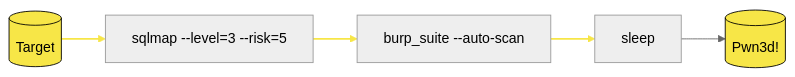
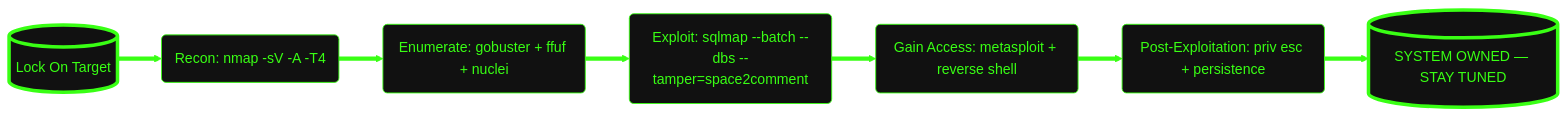
The diagram in README.md (mrci0x1/mrci0x1), drawn with Mermaid (neutral theme) before and after one commit. The commit also changed other lines of this file, not shown here.

````diff
--- a/README.md
+++ b/README.md
@@ -10,12 +10,19 @@
 ```mermaid
 graph LR
-    A[("Target")] --> B[sqlmap --level=3 --risk=5]
-    B --> C[burp_suite --auto-scan]
-    C --> D[sleep]
-    D --> E[("Pwn3d!")]
-    style A fill:#F7E647,stroke:#000
-    style E fill:#F7E647,stroke:#000
-    linkStyle 0 stroke:#F7E647,stroke-width:2px
-    linkStyle 1 stroke:#F7E647,stroke-width:2px
-    linkStyle 2 stroke:#F7E647,stroke-width:2px
+    A[("Lock On Target")] 
+    --> B(Recon: nmap -sV -A -T4)
+    --> C(Enumerate: gobuster + ffuf + nuclei)
+    --> D(Exploit: sqlmap --batch --dbs --tamper=space2comment)
+    --> E(Gain Access: metasploit + reverse shell)
+    --> F(Post-Exploitation: priv esc + persistence)
+    --> G[("SYSTEM OWNED — STAY TUNED")]
+    
+    style A fill:#111,stroke:#39FF14,stroke-width:4px,color:#39FF14
+    style G fill:#111,stroke:#39FF14,stroke-width:4px,color:#39FF14
+    style B fill:#111,stroke:#39FF14,color:#39FF14,color:#39FF14
+    style C fill:#111,stroke:#39FF14,color:#39FF14
+    style D fill:#111,stroke:#39FF14,color:#39FF14
+    style E fill:#111,stroke:#39FF14,color:#39FF14
+    style F fill:#111,stroke:#39FF14,color:#39FF14
+    linkStyle 0,1,2,3,4,5 stroke:#39FF14,stroke-width:5px
 ```
````
